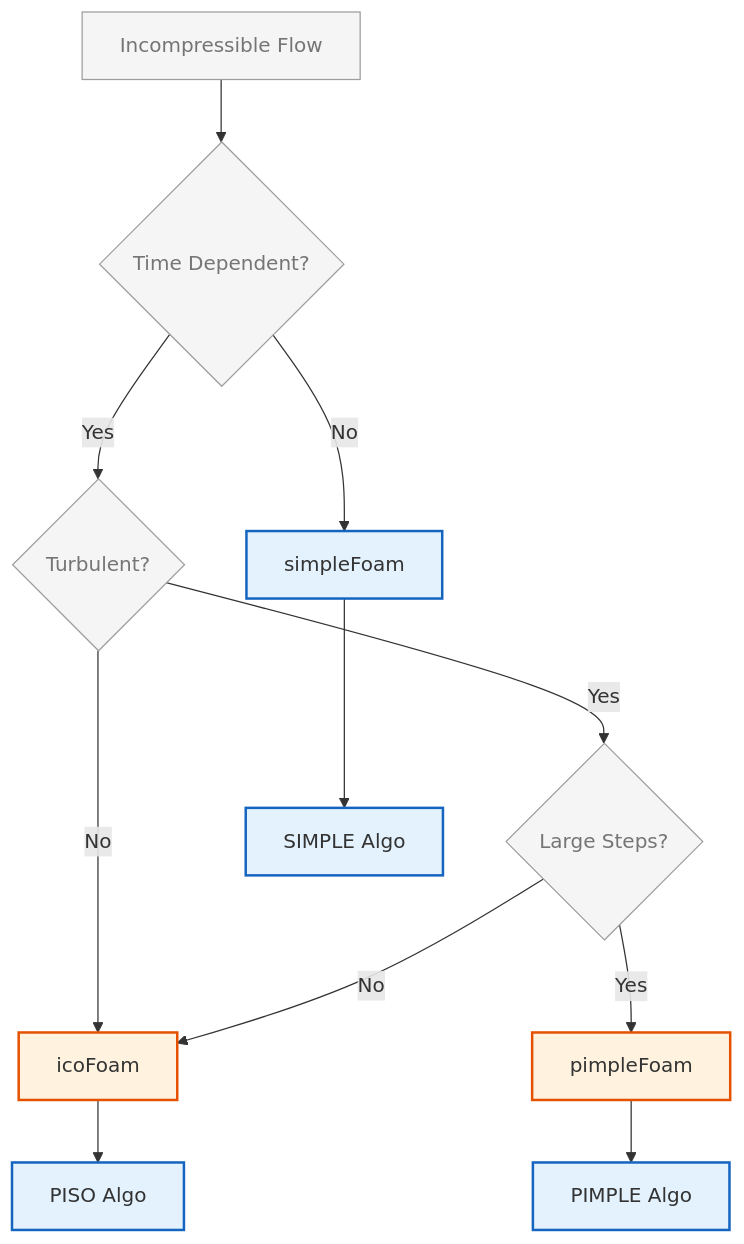
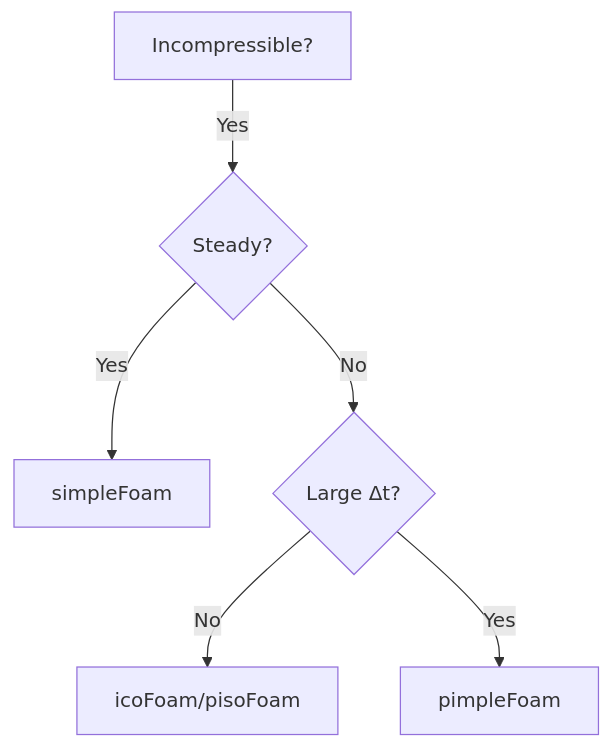
Before and after one commit to wramet/build-my-cfd: the diagram in MODULE_03_SINGLE_PHASE_FLOW/CONTENT/01_INCOMPRESSIBLE_FLOW_SOLVERS/01_Introduction.md, drawn with Mermaid. The commit also changed other lines of this file and 384 other files, not shown here.

````diff
--- a/MODULE_03_SINGLE_PHASE_FLOW/CONTENT/01_INCOMPRESSIBLE_FLOW_SOLVERS/01_Introduction.md
+++ b/MODULE_03_SINGLE_PHASE_FLOW/CONTENT/01_INCOMPRESSIBLE_FLOW_SOLVERS/01_Introduction.md
@@ -43,18 +11,8 @@
 ```mermaid
 flowchart TD
-%% Classes
-classDef explicit fill:#fff3e0,stroke:#e65100,stroke-width:2px;
-classDef implicit fill:#e3f2fd,stroke:#1565c0,stroke-width:2px;
-classDef context fill:#f5f5f5,stroke:#9e9e9e,stroke-width:1px,color:#757575;
-%% Nodes
-A[Incompressible Flow]:::context --> B{Time Dependent?}:::context
-B -->|Yes| C{Turbulent?}:::context
-B -->|No| D[simpleFoam]:::implicit
-C -->|No| E[icoFoam]:::explicit
-C -->|Yes| F{Large Steps?}:::context
-F -->|Yes| G[pimpleFoam]:::explicit
-F -->|No| E
-D --> H[SIMPLE Algo]:::implicit
-E --> I[PISO Algo]:::implicit
-G --> J[PIMPLE Algo]:::implicit
+    A[Incompressible?] -->|Yes| B{Steady?}
+    B -->|Yes| C[simpleFoam]
+    B -->|No| D{Large Δt?}
+    D -->|No| E[icoFoam/pisoFoam]
+    D -->|Yes| F[pimpleFoam]
 ```
````
